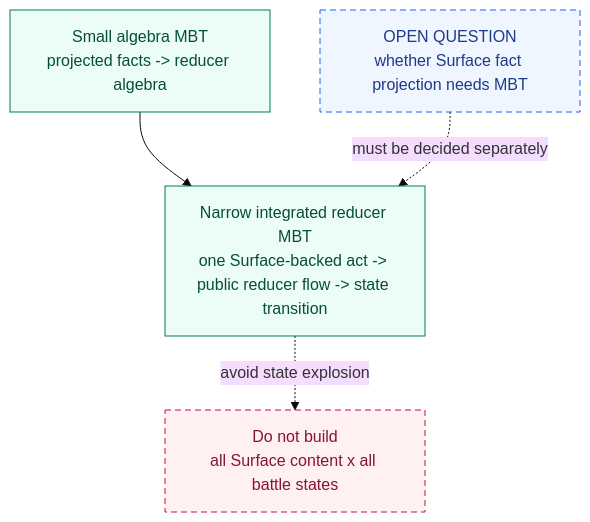
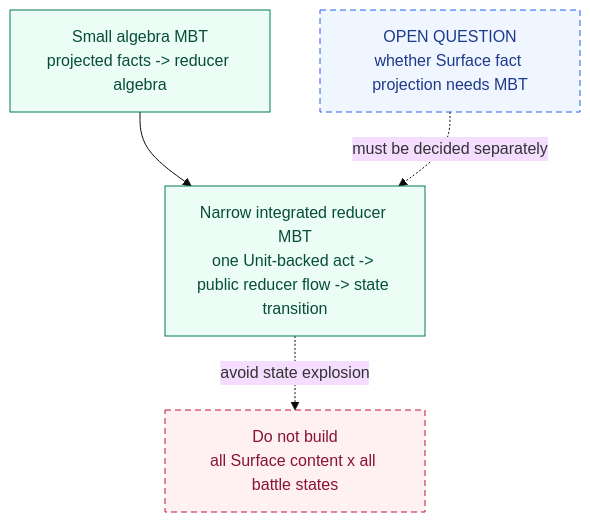
The fourth of 6 diagrams in packages/surface-runtime-correction/MBT_TO_REDUCER_GRAPH.md (dearlordylord/5e-quint), drawn with Mermaid (base theme) before and after one commit. The commit also changed other lines of this file and 46 other files, not shown here.

````diff
--- a/packages/surface-runtime-correction/MBT_TO_REDUCER_GRAPH.md
+++ b/packages/surface-runtime-correction/MBT_TO_REDUCER_GRAPH.md
@@ -241,18 +241,18 @@
 ```mermaid
 flowchart TD
   Small["Small algebra MBT<br/>projected facts -> reducer algebra"]
-  Integrated["Narrow integrated reducer MBT<br/>one Surface-backed act -> public reducer flow -> state transition"]
+  Integrated["Narrow integrated reducer MBT<br/>one Unit-backed act -> public reducer flow -> state transition"]
   SurfaceQuestion["OPEN QUESTION<br/>whether Surface fact projection needs MBT"]
   Avoid["Do not build<br/>all Surface content x all battle states"]
 
   Small --> Integrated
   SurfaceQuestion -. must be decided separately .-> Integrated
   Integrated -. avoid state explosion .-> Avoid
 
   classDef good fill:#ecfdf5,stroke:#047857,color:#064e3b;
   classDef open fill:#eff6ff,stroke:#2563eb,stroke-dasharray:6 4,color:#1e3a8a;
   classDef warn fill:#fff1f2,stroke:#be123c,stroke-dasharray:6 4,color:#881337;
   class Small,Integrated good;
   class SurfaceQuestion open;
   class Avoid warn;
 ```
````
